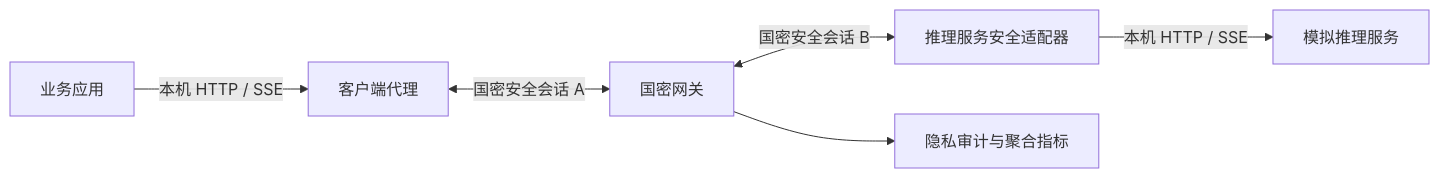
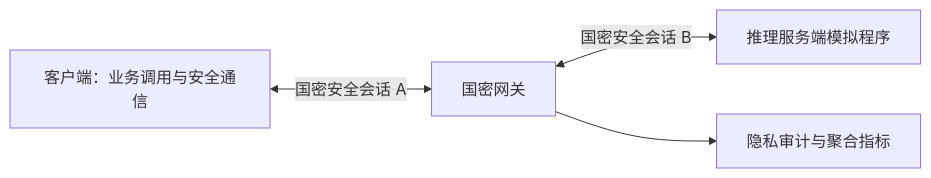
One commit to bljfy/gateway changed the diagram in docs/implementation_plan.md. Above: the diagram before and after it, drawn with Mermaid. The commit also changed other lines of this file and 1 other file, not shown here.

````diff
--- a/docs/implementation_plan.md
+++ b/docs/implementation_plan.md
@@ -32,8 +32,7 @@
 ```mermaid
 flowchart LR
-    A[业务应用] -->|本机 HTTP / SSE| C[客户端代理]
+    C[客户端：业务调用与安全通信]
     C <-->|国密安全会话 A| G[国密网关]
-    G <-->|国密安全会话 B| S[推理服务安全适配器]
-    S -->|本机 HTTP / SSE| M[模拟推理服务]
+    G <-->|国密安全会话 B| S[推理服务端模拟程序]
     G --> L[隐私审计与聚合指标]
 ```
````
